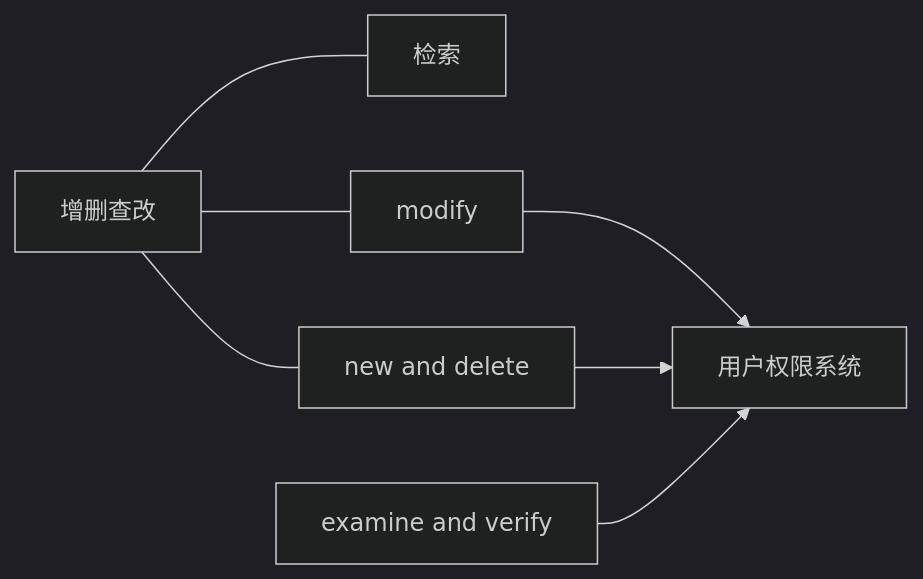
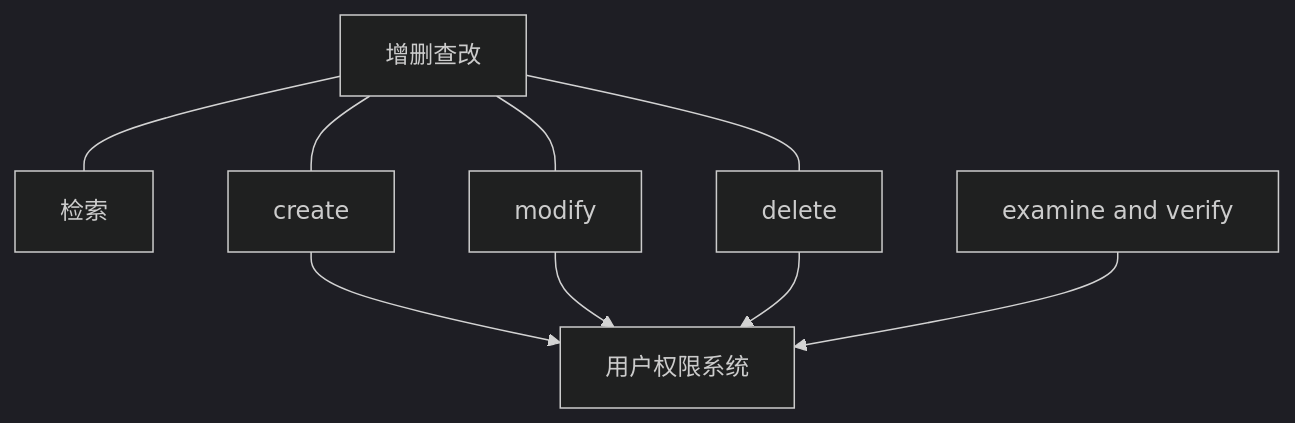
One commit to TouhouCloudMusic/thcdb changed the first of 3 diagrams in server/docs/architecture/data_management/design.md. Above: the diagram before and after it, drawn with Mermaid (dark theme). The commit also changed other lines of this file and 27 other files, not shown here.

````diff
--- a/server/docs/architecture/data_management/design.md
+++ b/server/docs/architecture/data_management/design.md
@@ -13,13 +14,13 @@
 ```mermaid
-graph LR
+graph TB
     增删查改[增删查改]
     检索[检索]
+    create[create]
     modify[modify]
-    new_and_delete[new and delete]
+    delete[delete]
+    examine_and_verify[examine and verify]
     用户权限系统[用户权限系统]
-    examine_and_verify[examine and verify]
     增删查改 --- 检索;
-    增删查改 --- modify --> 用户权限系统;
-    增删查改 --- new_and_delete --> 用户权限系统;
+    增删查改 --- create & modify & delete --> 用户权限系统;
     examine_and_verify --> 用户权限系统;
 ```
````
